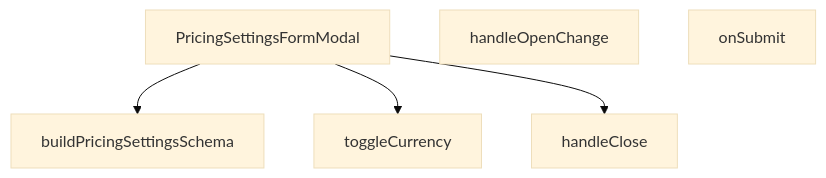
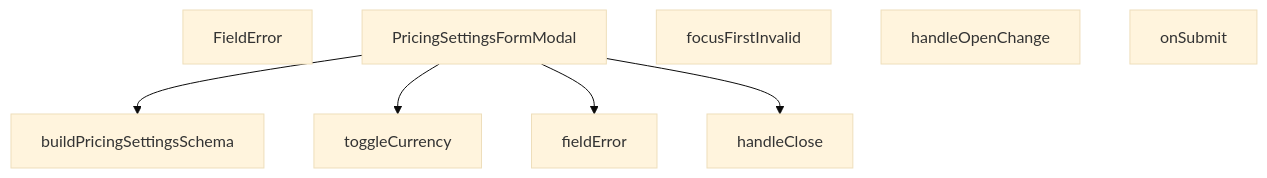
Before and after one commit to peckop/venthub-hvac-esite: the diagram in src/components/admin/pricing/PricingSettingsFormModal.md, drawn with Mermaid (base theme). The commit also changed other lines of this file and 169 other files, not shown here.

````diff
--- a/src/components/admin/pricing/PricingSettingsFormModal.md
+++ b/src/components/admin/pricing/PricingSettingsFormModal.md
@@ -202,12 +234,16 @@
 ```mermaid
 graph TD
+    PricingSettingsFormModal_tsx__FieldError["FieldError"]
     PricingSettingsFormModal_tsx__PricingSettingsFormModal["PricingSettingsFormModal"]
     PricingSettingsFormModal_tsx__buildPricingSettingsSchema["buildPricingSettingsSchema"]
+    PricingSettingsFormModal_tsx__fieldError["fieldError"]
+    PricingSettingsFormModal_tsx__focusFirstInvalid["focusFirstInvalid"]
     PricingSettingsFormModal_tsx__handleClose["handleClose"]
     PricingSettingsFormModal_tsx__handleOpenChange["handleOpenChange"]
     PricingSettingsFormModal_tsx__onSubmit["onSubmit"]
     PricingSettingsFormModal_tsx__toggleCurrency["toggleCurrency"]
     PricingSettingsFormModal_tsx__PricingSettingsFormModal --> PricingSettingsFormModal_tsx__buildPricingSettingsSchema
     PricingSettingsFormModal_tsx__PricingSettingsFormModal --> PricingSettingsFormModal_tsx__toggleCurrency
+    PricingSettingsFormModal_tsx__PricingSettingsFormModal --> PricingSettingsFormModal_tsx__fieldError
     PricingSettingsFormModal_tsx__PricingSettingsFormModal --> PricingSettingsFormModal_tsx__handleClose
 ```
````
